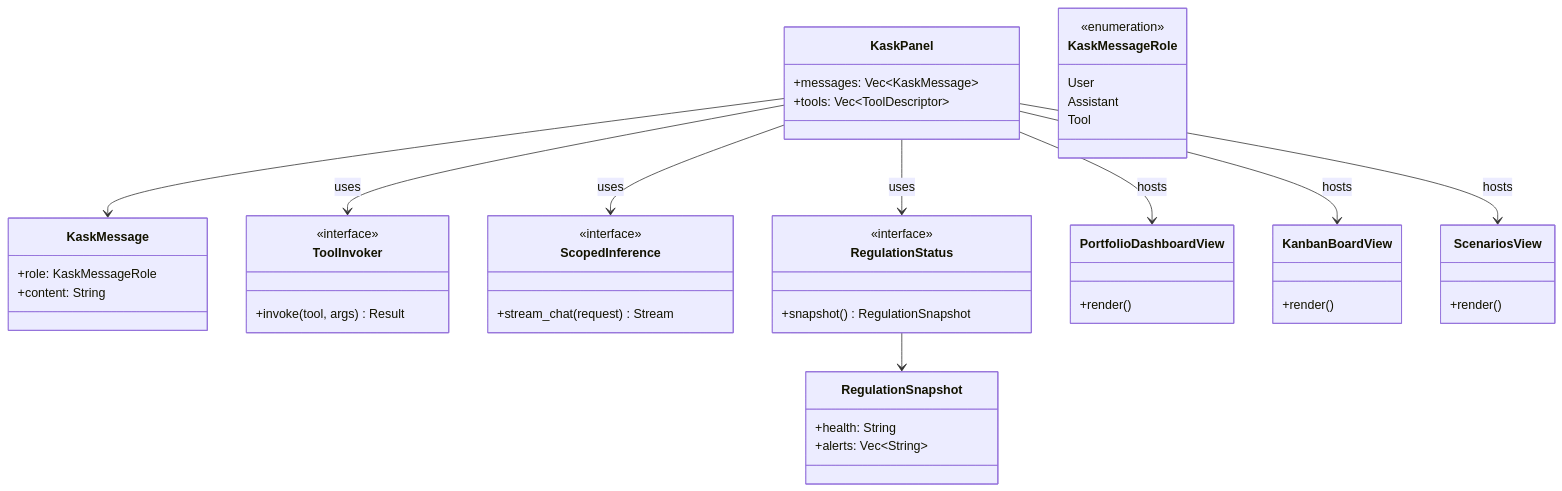
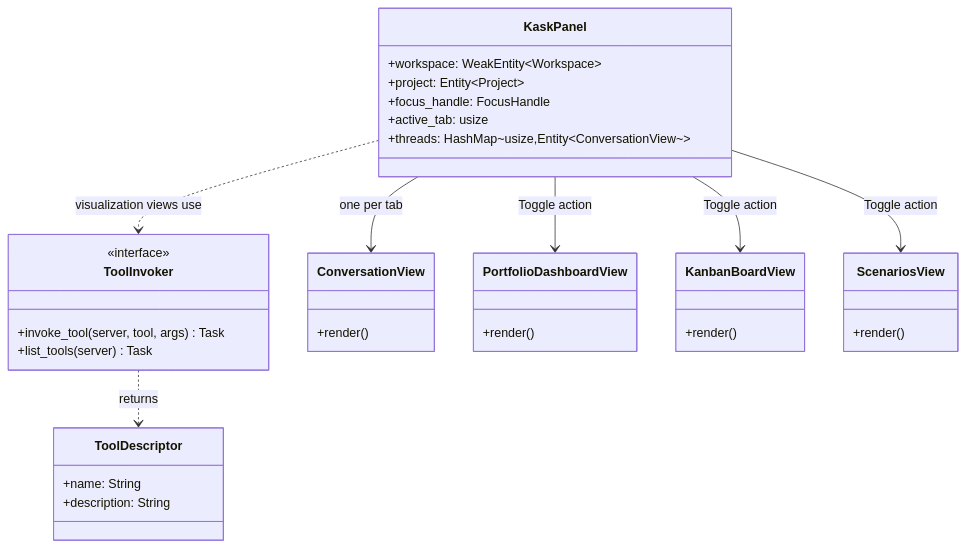
One commit to mdz-axo/zed-kask changed the diagram in kask/docs/diataxis/kask_panel/reference.md. Above: the diagram before and after it, drawn with Mermaid. The commit also changed other lines of this file and 16 other files, not shown here.

First line of the commit message:
Refresh kask diataxis docs and mark panel plan superseded

````diff
--- a/kask/docs/diataxis/kask_panel/reference.md
+++ b/kask/docs/diataxis/kask_panel/reference.md
@@ -46,51 +55,38 @@
 ```mermaid
 classDiagram
     class KaskPanel {
-        +messages: Vec~KaskMessage~
-        +tools: Vec~ToolDescriptor~
+        +workspace: WeakEntity~Workspace~
+        +project: Entity~Project~
+        +focus_handle: FocusHandle
+        +active_tab: usize
+        +threads: HashMap~usize,Entity~ConversationView~~
     }
-    class KaskMessage {
-        +role: KaskMessageRole
-        +content: String
-    }
-    class KaskMessageRole {
-        <<enumeration>>
-        User
-        Assistant
-        Tool
+    class ToolDescriptor {
+        +name: String
+        +description: String
     }
     class ToolInvoker {
         <<interface>>
-        +invoke(tool, args) Result
+        +invoke_tool(server, tool, args) Task
+        +list_tools(server) Task
     }
-    class ScopedInference {
-        <<interface>>
-        +stream_chat(request) Stream
-    }
-    class RegulationStatus {
-        <<interface>>
-        +snapshot() RegulationSnapshot
-    }
-    class RegulationSnapshot {
-        +health: String
-        +alerts: Vec~String~
+    class ConversationView {
+        +render()
     }
     class PortfolioDashboardView {
         +render()
     }
     class KanbanBoardView {
         +render()
     }
     class ScenariosView {
         +render()
     }
 
-    KaskPanel --> KaskMessage
-    KaskPanel --> ToolInvoker : uses
-    KaskPanel --> ScopedInference : uses
-    KaskPanel --> RegulationStatus : uses
-    RegulationStatus --> RegulationSnapshot
-    KaskPanel --> PortfolioDashboardView : hosts
-    KaskPanel --> KanbanBoardView : hosts
-    KaskPanel --> ScenariosView : hosts
+    KaskPanel --> ConversationView : one per tab
+    KaskPanel ..> ToolInvoker : visualization views use
+    ToolInvoker ..> ToolDescriptor : returns
+    KaskPanel --> PortfolioDashboardView : Toggle action
+    KaskPanel --> KanbanBoardView : Toggle action
+    KaskPanel --> ScenariosView : Toggle action
 ```
````
